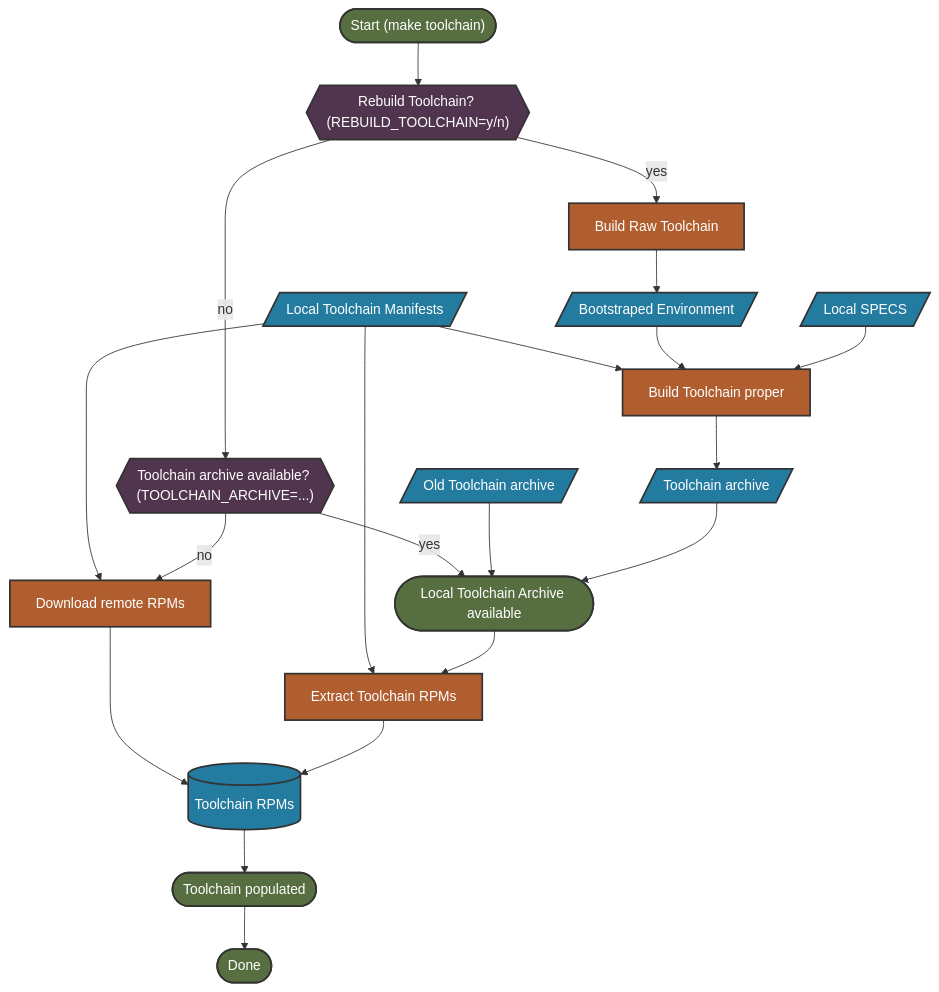
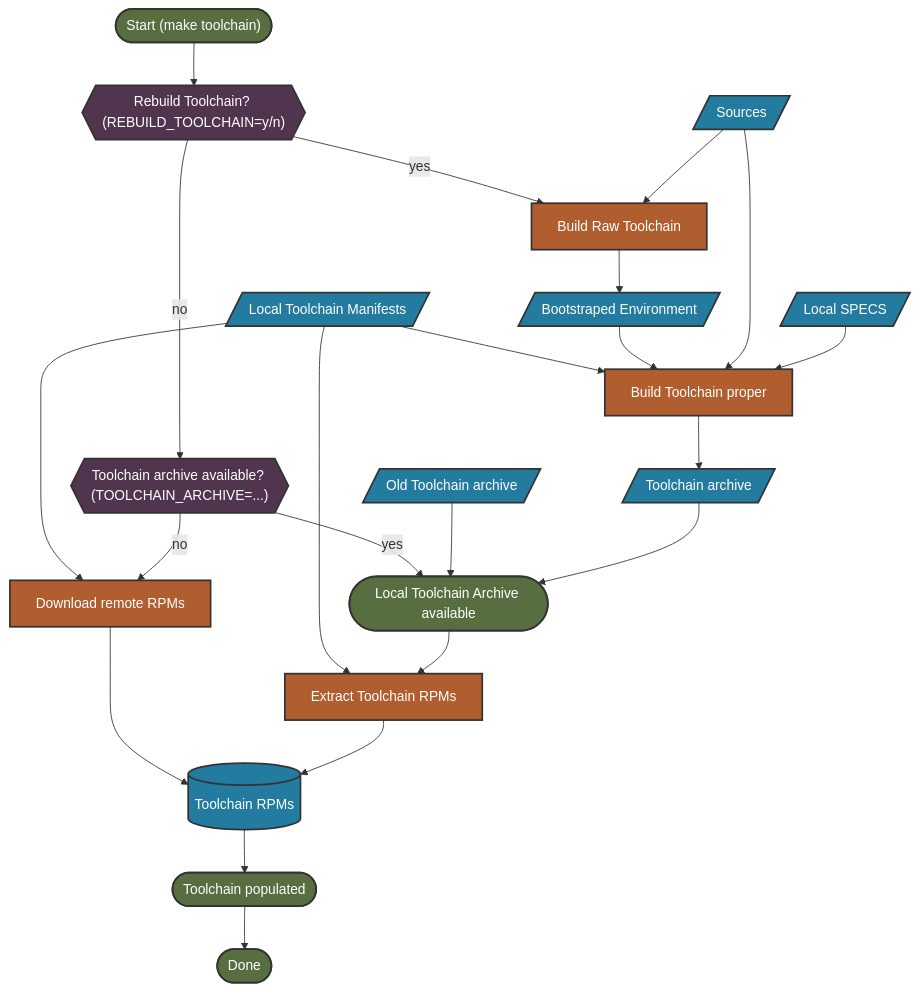
One commit to microsoft/azurelinux changed the fourth of 6 diagrams in toolkit/docs/how_it_works/0_intro.md. Above: the diagram before and after it, drawn with Mermaid. The commit also changed other lines of this file, not shown here.

Commit message:
Add sources and fix capitalization

````diff
--- a/toolkit/docs/how_it_works/0_intro.md
+++ b/toolkit/docs/how_it_works/0_intro.md
@@ -102,52 +102,55 @@
 ```mermaid
 flowchart TD
 
     %% style definitions
     classDef io fill:#247BA0,stroke:#333,stroke-width:2px,color:#fff;
     classDef process fill:#B05E2F,stroke:#333,stroke-width:2px,color:#fff;
     classDef decision fill:#51344D,stroke:#333,stroke-width:2px,color:#fff;
     classDef goodState fill:#566E40,stroke:#333,stroke-width:2px,color:#fff;
     classDef badState fill:#BC4B51,stroke:#333,stroke-width:2px,color:#fff;
 
     %% state nodes
     start(["Start (make toolchain)"]):::goodState
     done([Done]):::goodState
     %% error[[Error]]:::badState
 
     %% TC nodes
     tcManifests[/Local Toolchain Manifests/]:::io
     tcRebuild{{"Rebuild Toolchain? (REBUILD_TOOLCHAIN=y/n)"}}:::decision
     toolchainChoice{{"Toolchain archive available? (TOOLCHAIN_ARCHIVE=...)"}}:::decision
     tcPopulated([Toolchain populated]):::goodState
     tcRPMs[(Toolchain RPMs)]:::io
     tcArchiveOld[/Old Toolchain archive/]:::io
     tcArchiveNew[/Toolchain archive/]:::io
     pullTC([Local Toolchain Archive available]):::goodState
     hydrateTC[Extract Toolchain RPMs]:::process
     buildRawTC[Build Raw Toolchain]:::process
+    sources[/Sources/]:::io
     localSpecs[/Local SPECS/]:::io
     bsRPMS[/Bootstraped Environment/]:::io
     buildTC[Build Toolchain proper]:::process
     pullRemote[Download remote RPMs]:::process
 
     %% TC flow
     start --> tcRebuild
     tcRebuild -->|yes| buildRawTC
+    sources-->buildRawTC
     tcManifests --> hydrateTC
     tcManifests --> pullRemote
     tcManifests --> buildTC
     tcRebuild -->|no|toolchainChoice
     toolchainChoice -->|no| pullRemote
     toolchainChoice -->|yes| pullTC 
     pullRemote --> tcRPMs
     pullTC -->hydrateTC
     tcArchiveOld --> pullTC
     hydrateTC --> tcRPMs
     buildRawTC --> bsRPMS
     bsRPMS --> buildTC
+    sources-->buildTC
     localSpecs --> buildTC
     buildTC --> tcArchiveNew
     tcArchiveNew --> pullTC
     tcRPMs-->tcPopulated
     tcPopulated --> done
 ```
````
